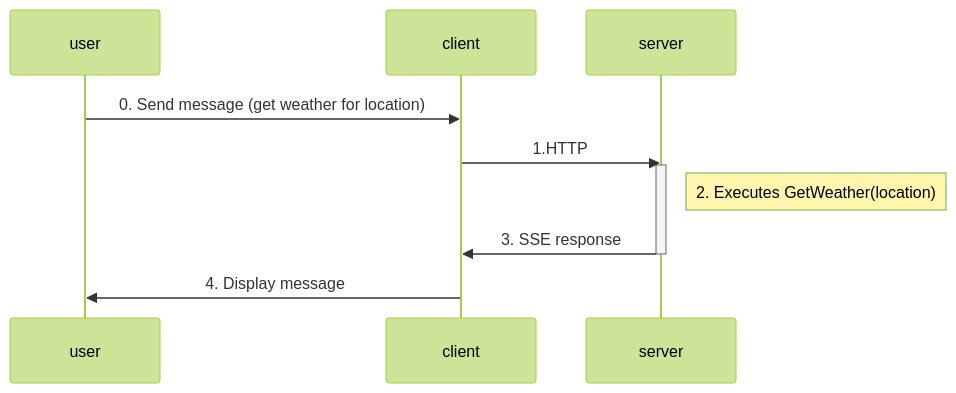
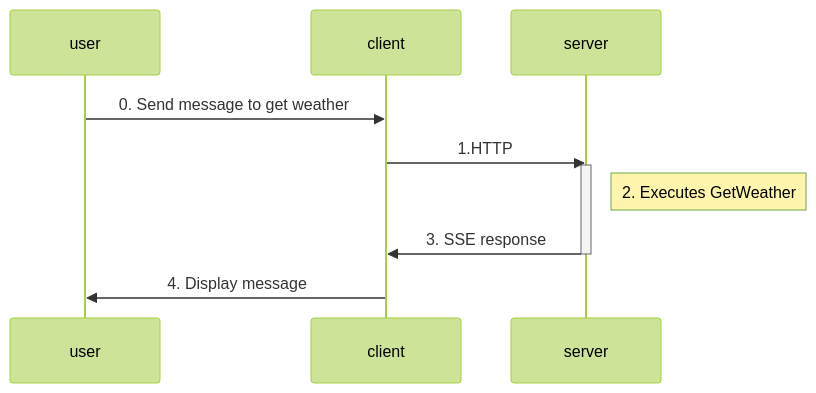
The first of 2 diagrams in project1/Client_Tutorial_2/README.md (jasmin-software/dotnet_agui_workshop), drawn with Mermaid (forest theme) before and after one commit. The commit also changed other lines of this file, not shown here.

````diff
--- a/project1/Client_Tutorial_2/README.md
+++ b/project1/Client_Tutorial_2/README.md
@@ -25,11 +25,11 @@
 ```mermaid
 sequenceDiagram;
-   user->>client: 0. Send message (get weather for location)
+   user->>client: 0. Send message to get weather
    client->>server: 1.HTTP
    activate server
-   Note right of server: 2. Executes GetWeather(location) 
+   Note right of server: 2. Executes GetWeather
    server->>client: 3. SSE response
    deactivate server
    client->>user: 4. Display message
    
 ```
````
